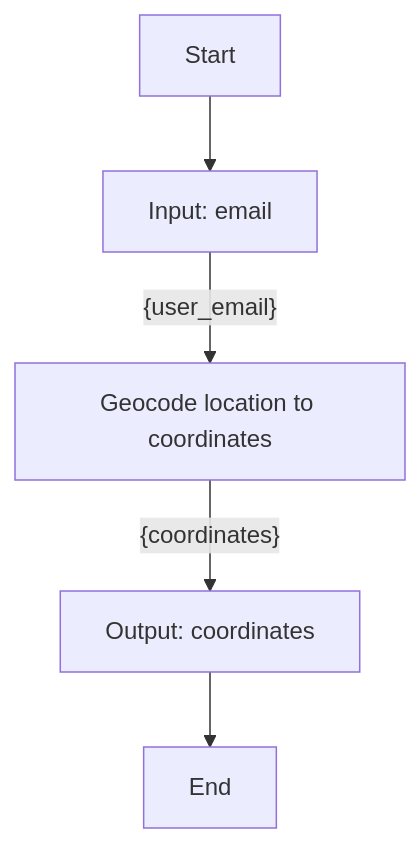
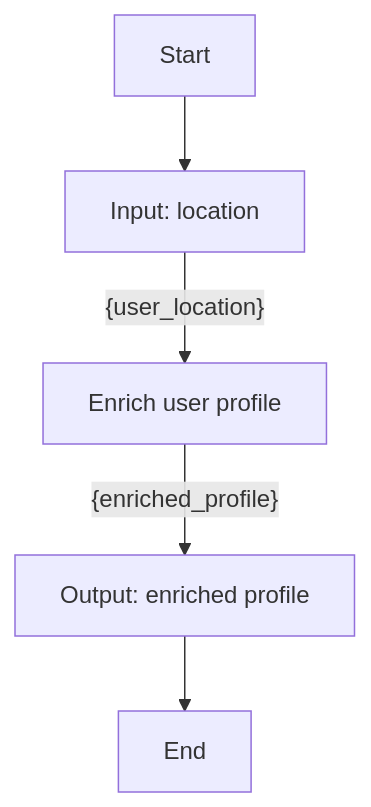
Before and after one commit to YJ-928/Temporal-Python-SDK: the diagram in poc-dsl-compiler/input/workflows/workflow_1.md, drawn with Mermaid. The commit also changed 29 other files, not shown here.

````diff
--- a/poc-dsl-compiler/input/workflows/workflow_1.md
+++ b/poc-dsl-compiler/input/workflows/workflow_1.md
@@ -1,7 +1,7 @@
 ```mermaid
 graph TD
-    A[Start] --> B[Input: email]
-    B[Input: email] -- {user_email} --> C[Geocode location to coordinates]
-    C[Geocode location to coordinates] -- {coordinates} --> D[Output: coordinates]
-    D[Output: coordinates] --> E[End]
+    A[Start] --> B[Input: location]
+    B[Input: location] -- {user_location} --> C[Enrich user profile]
+    C[Enrich user profile] -- {enriched_profile} --> D[Output: enriched profile]
+    D[Output: enriched profile] --> E[End]
 ```
````
